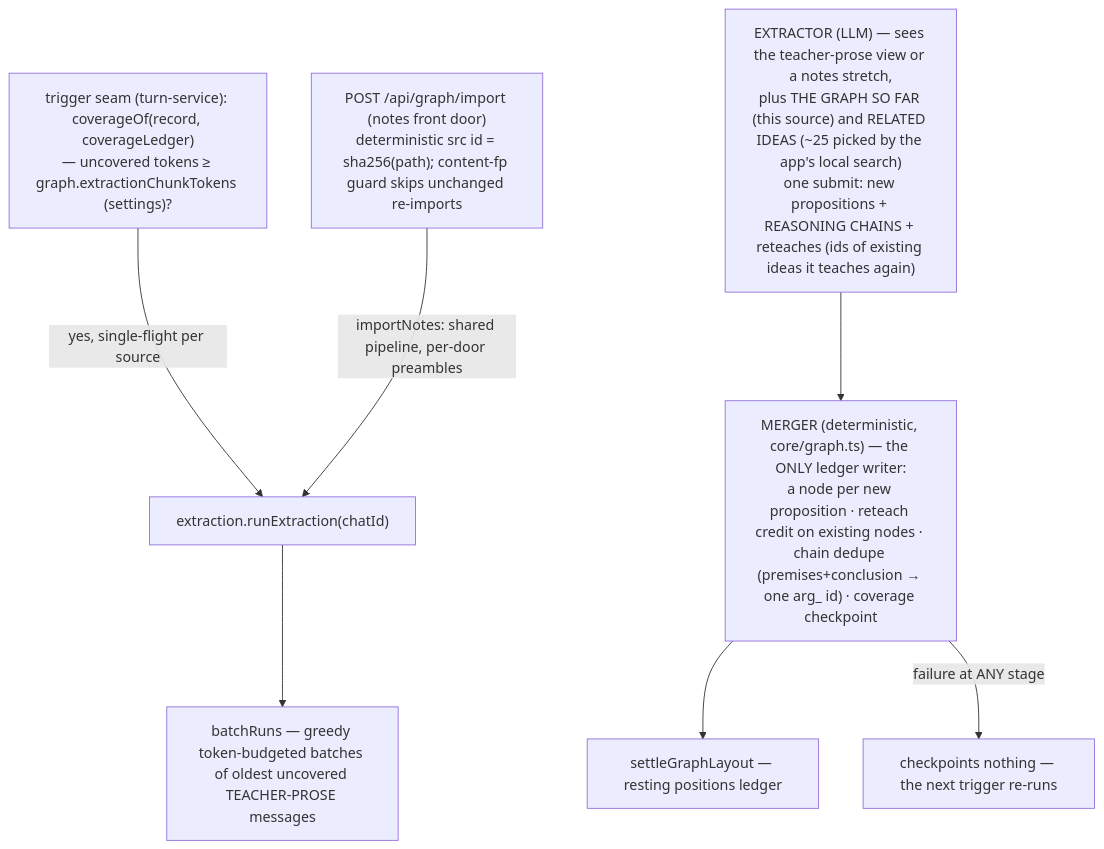
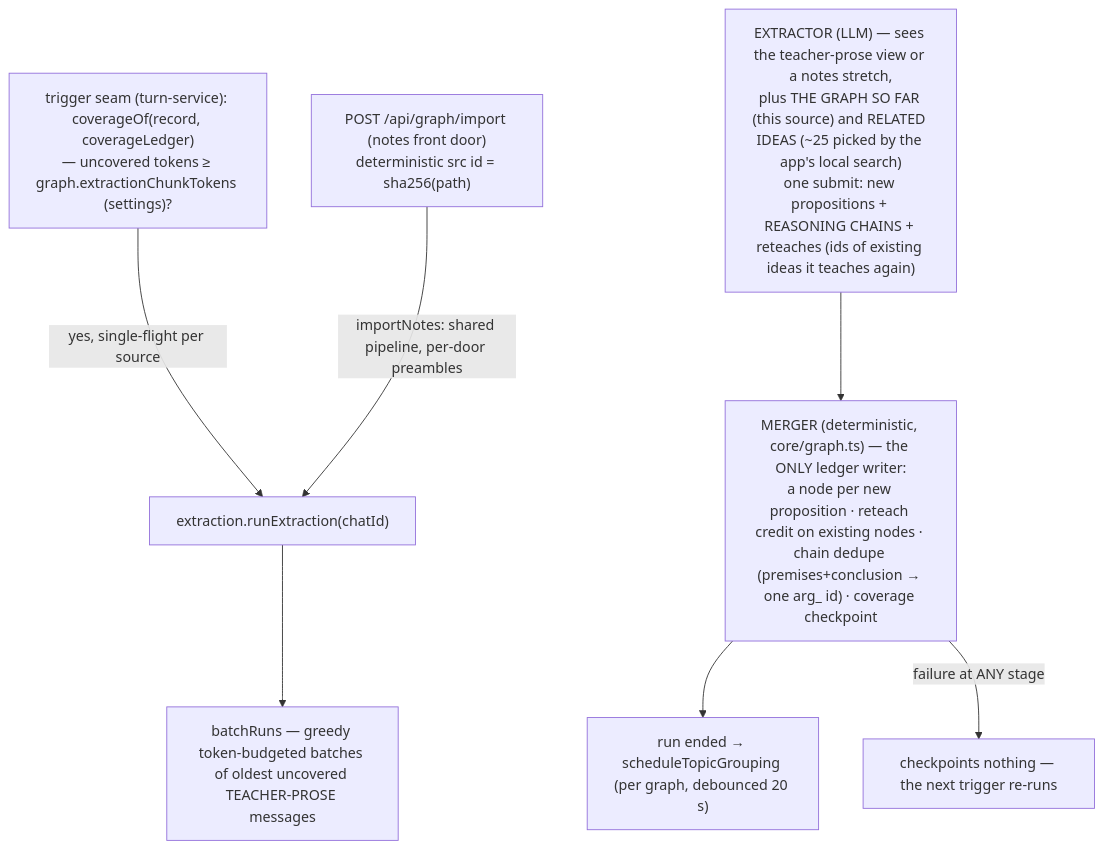
Before and after one commit to bayshores/godspeed: the sixth of 7 diagrams in docs/architecture.md, drawn with Mermaid. The commit also changed other lines of this file and 17 other files, not shown here.

````diff
--- a/docs/architecture.md
+++ b/docs/architecture.md
@@ -345,11 +344,11 @@
 ```mermaid
 flowchart TB
     TRIG["trigger seam (turn-service): coverageOf(record, coverageLedger)<br/>— uncovered tokens ≥ graph.extractionChunkTokens (settings)?"] -->|"yes, single-flight per source"| RUN["extraction.runExtraction(chatId)"]
-    IMPORT["POST /api/graph/import (notes front door)<br/>deterministic src id = sha256(path); content-fp guard skips unchanged re-imports"] -->|"importNotes: shared pipeline, per-door preambles"| RUN
+    IMPORT["POST /api/graph/import (notes front door)<br/>deterministic src id = sha256(path)"] -->|"importNotes: shared pipeline, per-door preambles"| RUN
     RUN --> BATCH["batchRuns — greedy token-budgeted batches of oldest uncovered TEACHER-PROSE messages"]
     EXT["EXTRACTOR (LLM) — sees the teacher-prose view or a notes stretch,<br/>plus THE GRAPH SO FAR (this source) and RELATED IDEAS (~25 picked by the app's local search)<br/>one submit: new propositions + REASONING CHAINS + reteaches (ids of existing ideas it teaches again)"]
     EXT --> MERGE
     MERGE["MERGER (deterministic, core/graph.ts) — the ONLY ledger writer:<br/>a node per new proposition · reteach credit on existing nodes · chain dedupe (premises+conclusion → one arg_ id) · coverage checkpoint"]
-    MERGE --> SETTLE["settleGraphLayout — resting positions ledger"]
+    MERGE --> GROUP["run ended → scheduleTopicGrouping (per graph, debounced 20 s)"]
     MERGE -->|"failure at ANY stage"| NOTHING["checkpoints nothing — the next trigger re-runs"]
 ```
````
